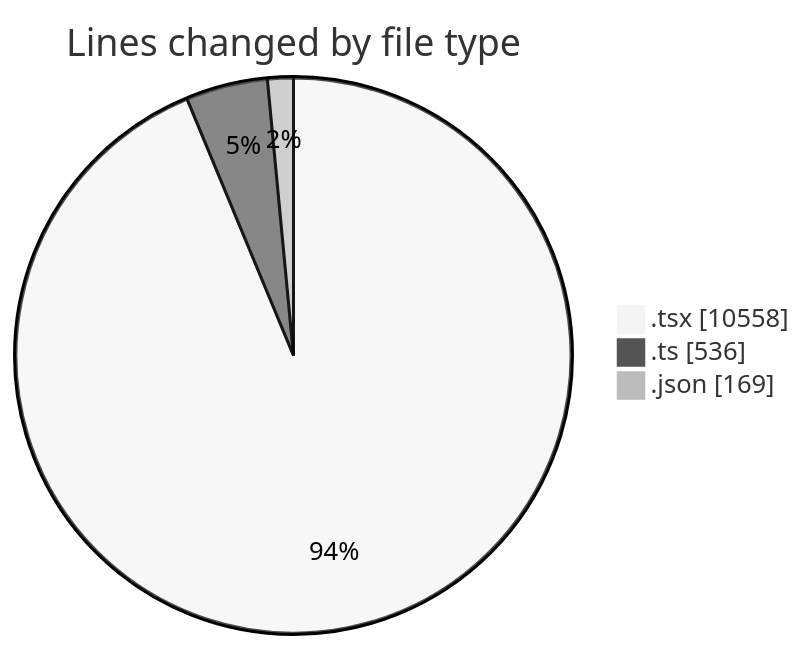
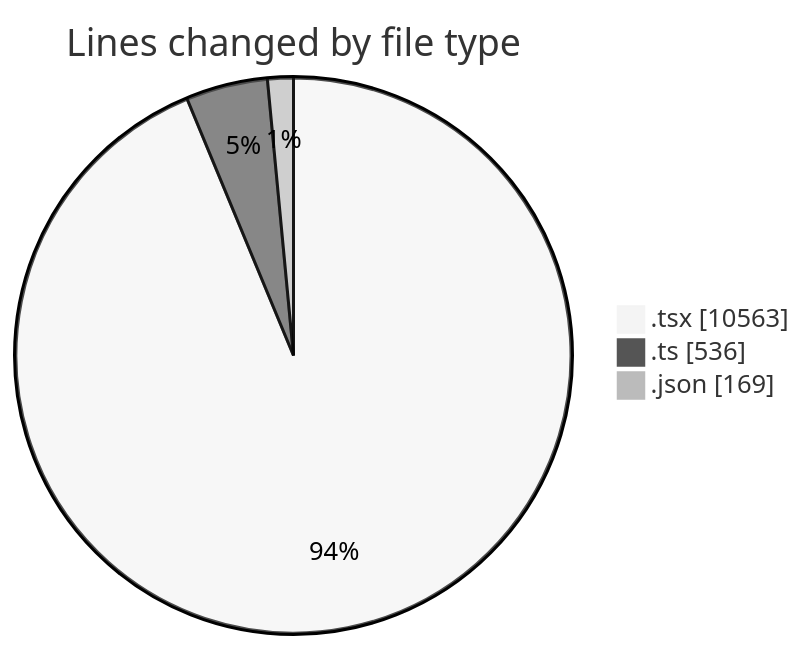
The first of 2 diagrams in 2025-02-18/mbc-web/README.md (robertbonfada/code-tracking), drawn with Mermaid (neutral theme) before and after one commit. The commit also changed other lines of this file and 1 other file, not shown here.

````diff
--- a/2025-02-18/mbc-web/README.md
+++ b/2025-02-18/mbc-web/README.md
@@ -136,7 +136,7 @@
 ```mermaid
 pie showData
 title Lines changed by file type
-".tsx" : 10558
+".tsx" : 10563
 ".ts" : 536
 ".json" : 169
 ```
````
